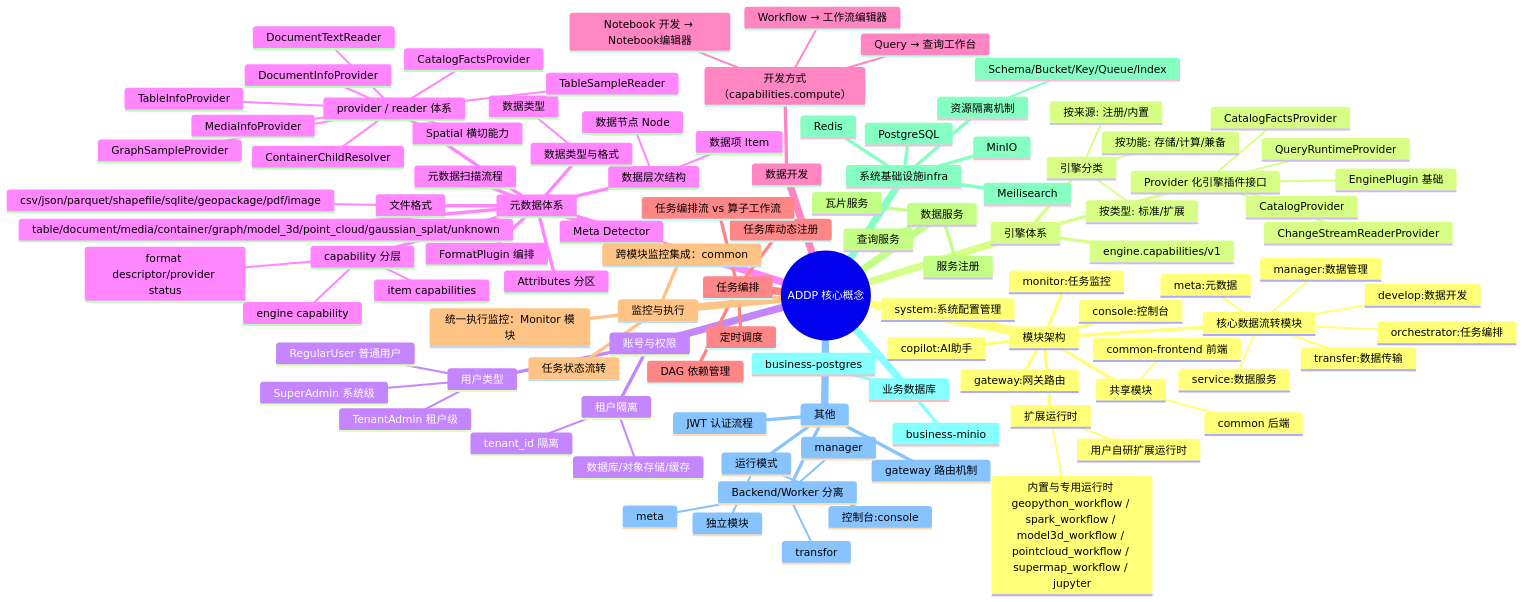
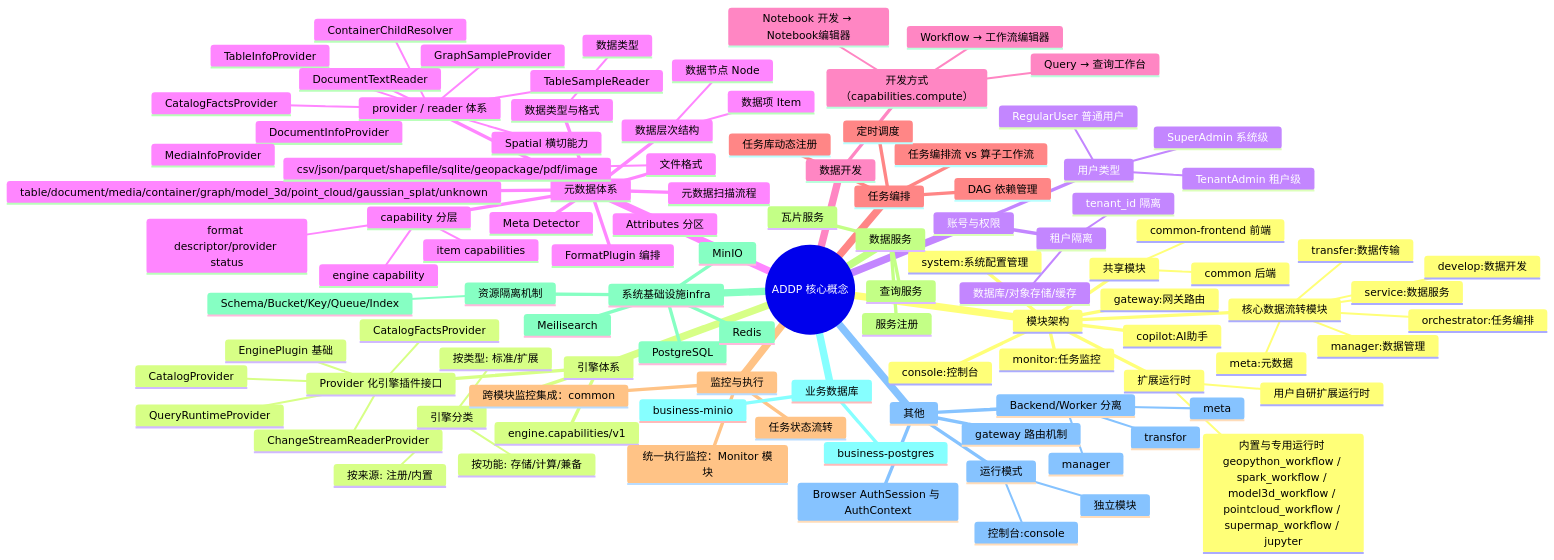
Before and after one commit to pampa0629/addp: the first of 2 diagrams in docs/concepts/addp核心概念关系图.md, drawn with Mermaid. The commit also changed other lines of this file and 272 other files, not shown here.

```diff
--- a/docs/concepts/addp核心概念关系图.md
+++ b/docs/concepts/addp核心概念关系图.md
@@ -114,7 +114,7 @@
       business-postgres
       business-minio
     其他
-      JWT 认证流程
+      Browser AuthSession 与 AuthContext
       gateway 路由机制
       运行模式
         控制台:console
```
